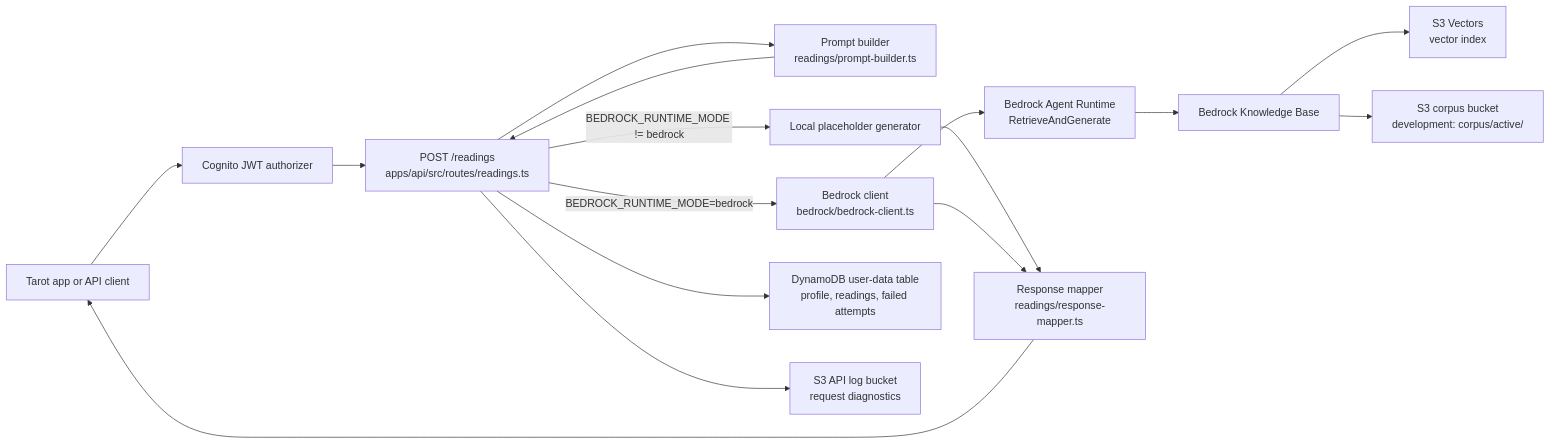
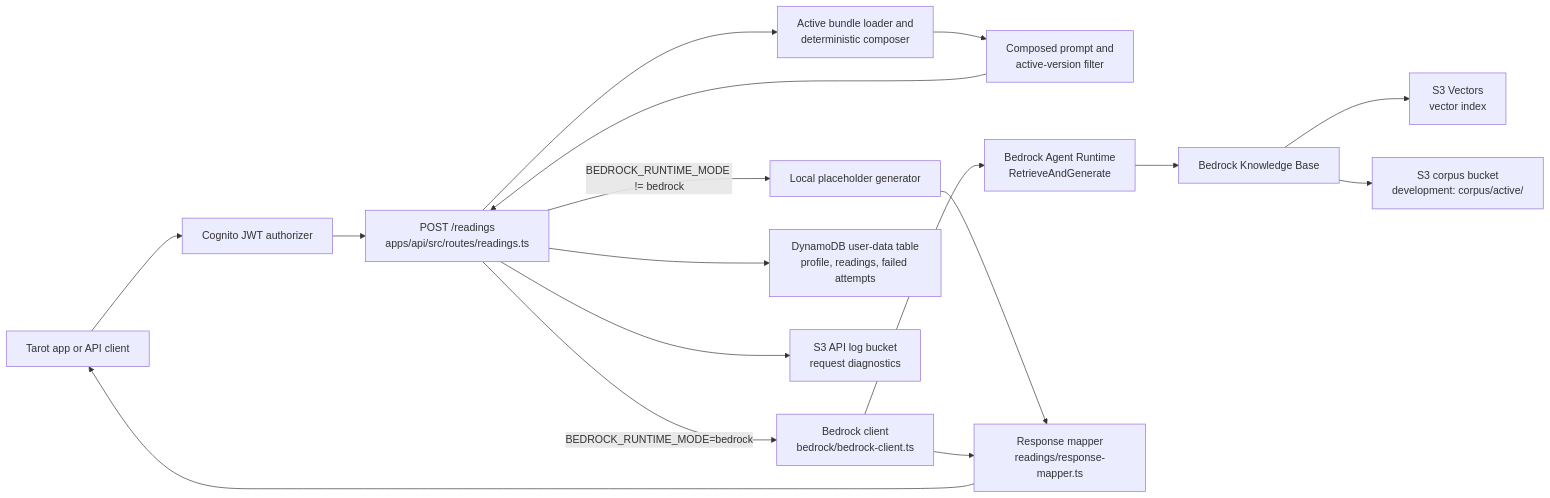
One commit to ava-collins/simple-tarot changed the first of 3 diagrams in docs/bedrock_rag_api_integration.md. Above: the diagram before and after it, drawn with Mermaid. The commit also changed other lines of this file and 15 other files, not shown here.

````diff
--- a/docs/bedrock_rag_api_integration.md
+++ b/docs/bedrock_rag_api_integration.md
@@ -28,32 +28,34 @@
 ```mermaid
 flowchart LR
     Mobile["Tarot app or API client"]
     Auth["Cognito JWT authorizer"]
     Route["POST /readings<br/>apps/api/src/routes/readings.ts"]
-    Prompt["Prompt builder<br/>readings/prompt-builder.ts"]
+    Composer["Active bundle loader and<br/>deterministic composer"]
+    Prompt["Composed prompt and<br/>active-version filter"]
     Local["Local placeholder generator"]
     BedrockClient["Bedrock client<br/>bedrock/bedrock-client.ts"]
     Runtime["Bedrock Agent Runtime<br/>RetrieveAndGenerate"]
     KB["Bedrock Knowledge Base"]
     Vectors["S3 Vectors<br/>vector index"]
     S3["S3 corpus bucket<br/>development: corpus/active/"]
     Mapper["Response mapper<br/>readings/response-mapper.ts"]
     DDB["DynamoDB user-data table<br/>profile, readings, failed attempts"]
     Logs["S3 API log bucket<br/>request diagnostics"]
 
     Mobile --> Auth
     Auth --> Route
-    Route --> Prompt
+    Route --> Composer
+    Composer --> Prompt
     Prompt --> Route
     Route -->|"BEDROCK_RUNTIME_MODE != bedrock"| Local
     Route -->|"BEDROCK_RUNTIME_MODE=bedrock"| BedrockClient
     BedrockClient --> Runtime
     Runtime --> KB
     KB --> Vectors
     KB --> S3
     Local --> Mapper
     BedrockClient --> Mapper
     Route --> DDB
     Route --> Logs
     Mapper --> Mobile
 ```
````
